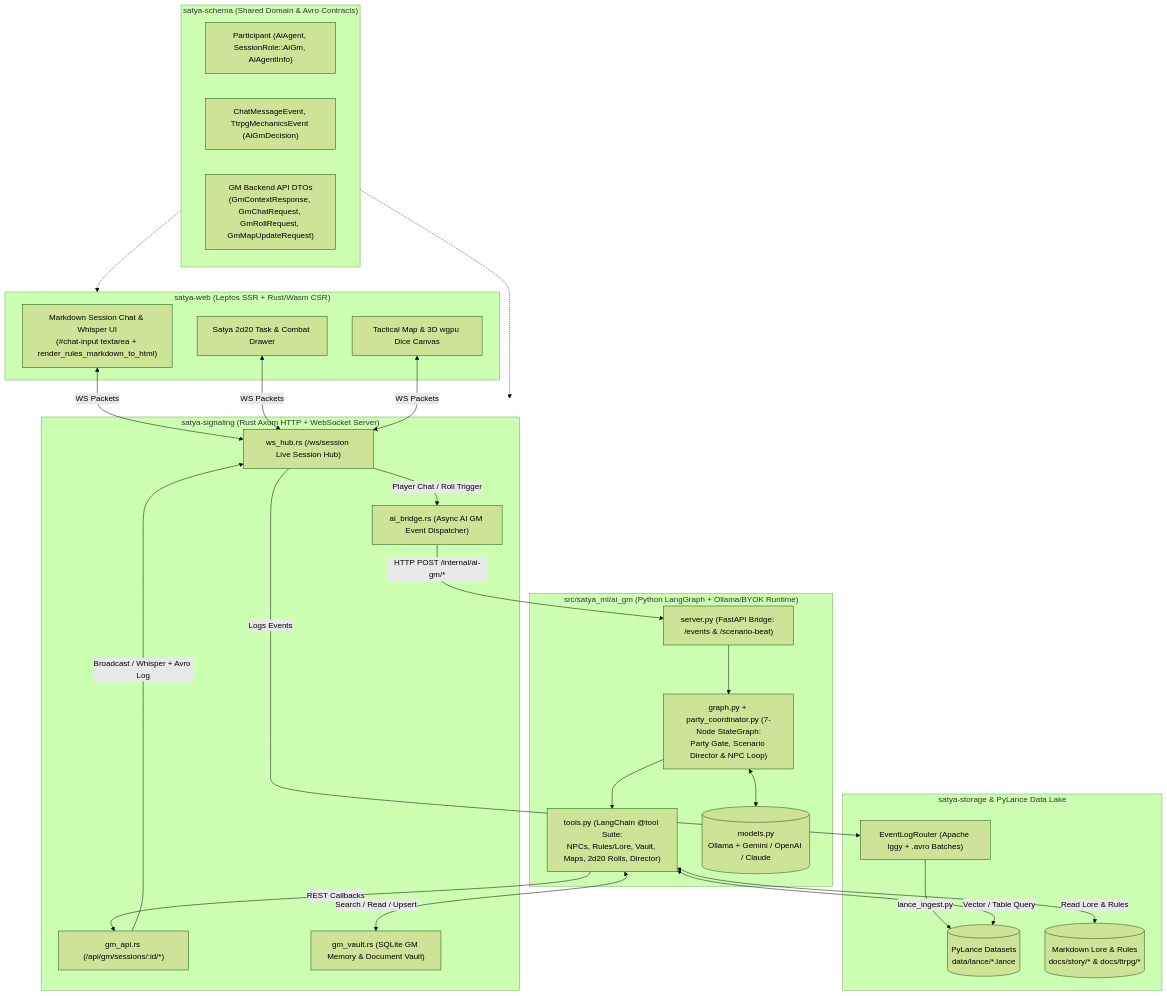
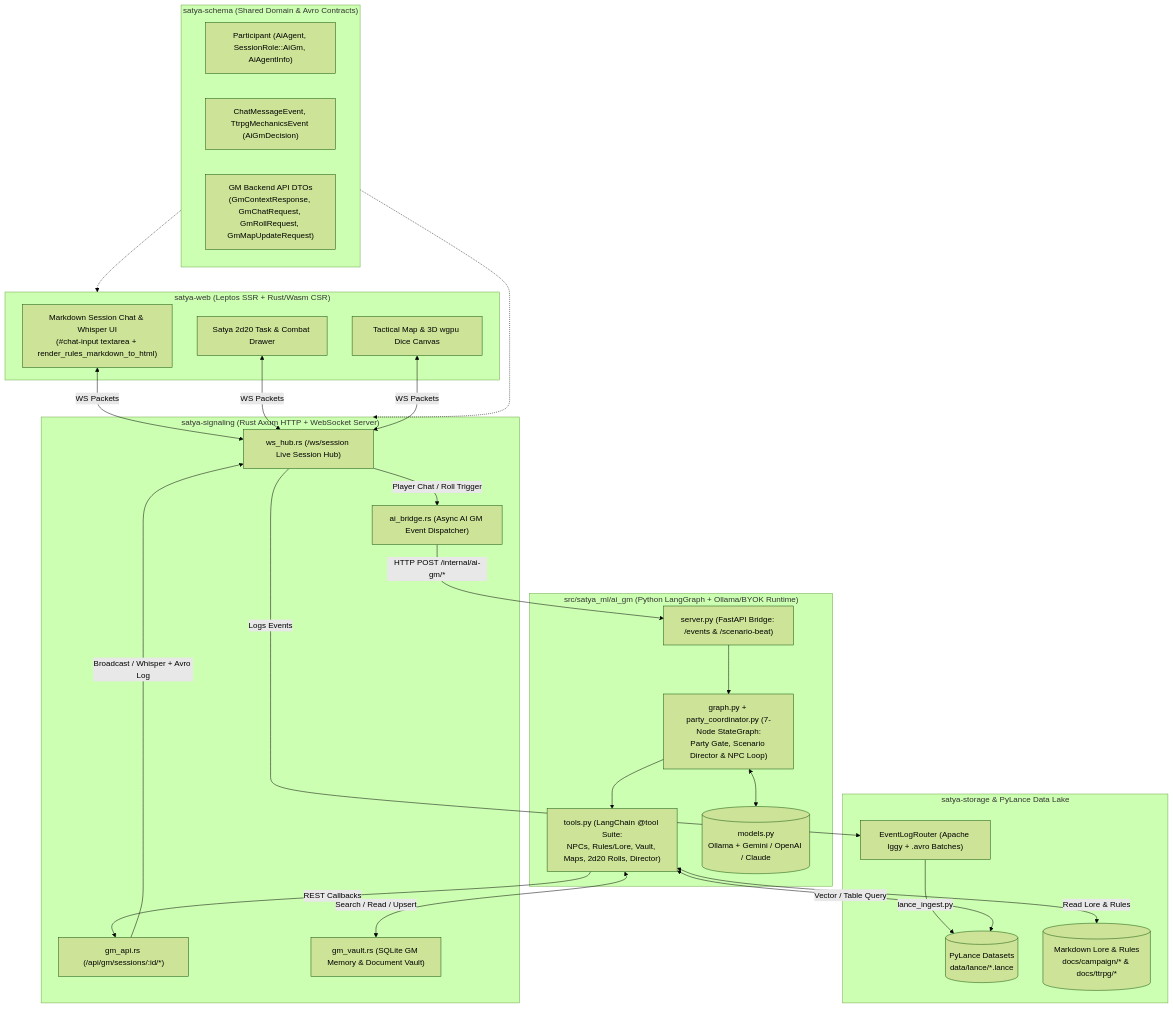
Before and after one commit to rarebreed/satya: the first of 3 diagrams in docs/technical/ai-gm-agent-design.md, drawn with Mermaid (forest theme). The commit also changed other lines of this file and 88 other files, not shown here.

First line of the commit message:
docs: reorganize campaign lore, link rules to guides, and scope checks

````diff
--- a/docs/technical/ai-gm-agent-design.md
+++ b/docs/technical/ai-gm-agent-design.md
@@ -55,52 +55,52 @@
 ```mermaid
 flowchart TD
     subgraph Client["satya-web (Leptos SSR + Rust/Wasm CSR)"]
         ChatUI["Markdown Session Chat & Whisper UI\n(#chat-input textarea + render_rules_markdown_to_html)"]
         RollUI["Satya 2d20 Task & Combat Drawer"]
         MapUI["Tactical Map & 3D wgpu Dice Canvas"]
     end
 
     subgraph Contracts["satya-schema (Shared Domain & Avro Contracts)"]
         ParticipantType["Participant (AiAgent, SessionRole::AiGm, AiAgentInfo)"]
         Events["ChatMessageEvent, TtrpgMechanicsEvent (AiGmDecision)"]
         GmDTOs["GM Backend API DTOs\n(GmContextResponse, GmChatRequest, GmRollRequest, GmMapUpdateRequest)"]
     end
 
     subgraph Signaling["satya-signaling (Rust Axum HTTP + WebSocket Server)"]
         WsHub["ws_hub.rs (/ws/session Live Session Hub)"]
         GmApi["gm_api.rs (/api/gm/sessions/:id/*)"]
         GmVault["gm_vault.rs (SQLite GM Memory & Document Vault)"]
         EventBridge["ai_bridge.rs (Async AI GM Event Dispatcher)"]
     end
 
     subgraph Storage["satya-storage & PyLance Data Lake"]
         AvroSink["EventLogRouter (Apache Iggy + .avro Batches)"]
         LanceDB[("PyLance Datasets\ndata/lance/*.lance")]
-        LoreDocs[("Markdown Lore & Rules\ndocs/story/* & docs/ttrpg/*")]
+        LoreDocs[("Markdown Lore & Rules\ndocs/campaign/* & docs/ttrpg/*")]
     end
 
     subgraph AiGmService["src/satya_ml/ai_gm (Python LangGraph + Ollama/BYOK Runtime)"]
         FastAPI["server.py (FastAPI Bridge: /events & /scenario-beat)"]
         Graph["graph.py + party_coordinator.py (7-Node StateGraph:\nParty Gate, Scenario Director & NPC Loop)"]
         Tools["tools.py (LangChain @tool Suite:\nNPCs, Rules/Lore, Vault, Maps, 2d20 Rolls, Director)"]
         Models[("models.py\nOllama + Gemini / OpenAI / Claude")]
     end
 
     ChatUI <-->|"WS Packets"| WsHub
     RollUI <-->|"WS Packets"| WsHub
     MapUI <-->|"WS Packets"| WsHub
     WsHub -->|"Logs Events"| AvroSink
     AvroSink -->|"lance_ingest.py"| LanceDB
     WsHub -->|"Player Chat / Roll Trigger"| EventBridge
     EventBridge -->|"HTTP POST /internal/ai-gm/*"| FastAPI
     FastAPI --> Graph
     Graph <--> Models
     Graph --> Tools
     Tools <-->|"Read Lore & Rules"| LoreDocs
     Tools <-->|"Vector / Table Query"| LanceDB
     Tools <-->|"Search / Read / Upsert"| GmVault
     Tools -->|"REST Callbacks"| GmApi
     GmApi -->|"Broadcast / Whisper + Avro Log"| WsHub
     Contracts -.-> Client
     Contracts -.-> Signaling
 ```
````
